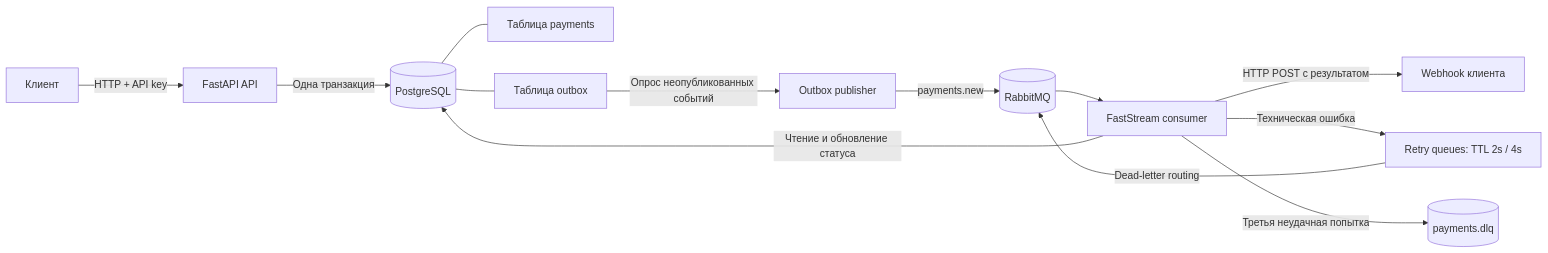
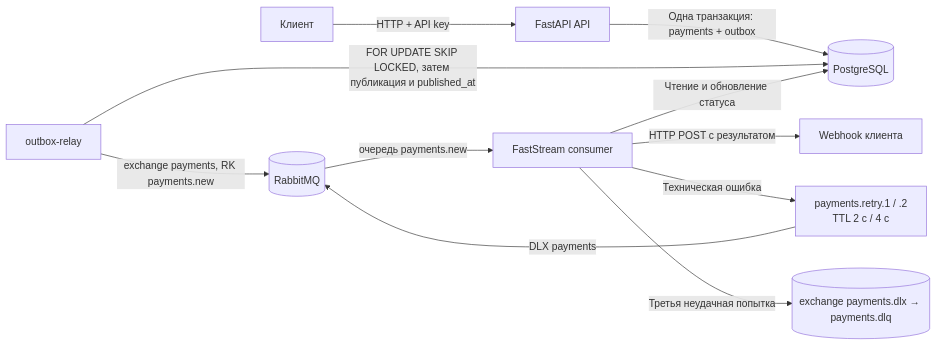
One commit to baterflyrity/payment-service-example changed the first of 3 diagrams in README.md. Above: the diagram before and after it, drawn with Mermaid. The commit also changed other lines of this file and 6 other files, not shown here.

````diff
--- a/README.md
+++ b/README.md
@@ -23,15 +34,13 @@
 ```mermaid
 flowchart LR
     Client[Клиент] -->|HTTP + API key| API[FastAPI API]
-    API -->|Одна транзакция| DB[(PostgreSQL)]
-    DB --- Payments[Таблица payments]
-    DB --- Outbox[Таблица outbox]
-    Outbox -->|Опрос неопубликованных событий| Publisher[Outbox publisher]
-    Publisher -->|payments.new| Rabbit[(RabbitMQ)]
-    Rabbit --> Consumer[FastStream consumer]
+    API -->|Одна транзакция: payments + outbox| DB[(PostgreSQL)]
+    Relay[outbox-relay] -->|FOR UPDATE SKIP LOCKED, затем публикация и published_at| DB
+    Relay -->|exchange payments, RK payments.new| Rabbit[(RabbitMQ)]
+    Rabbit -->|очередь payments.new| Consumer[FastStream consumer]
     Consumer -->|Чтение и обновление статуса| DB
     Consumer -->|HTTP POST с результатом| Webhook[Webhook клиента]
-    Consumer -->|Техническая ошибка| Retry[Retry queues: TTL 2s / 4s]
-    Retry -->|Dead-letter routing| Rabbit
-    Consumer -->|Третья неудачная попытка| DLQ[(payments.dlq)]
+    Consumer -->|Техническая ошибка| Retry[payments.retry.1 / .2<br/>TTL 2 с / 4 с]
+    Retry -->|DLX payments| Rabbit
+    Consumer -->|Третья неудачная попытка| DLQ[(exchange payments.dlx → payments.dlq)]
 ```
````
